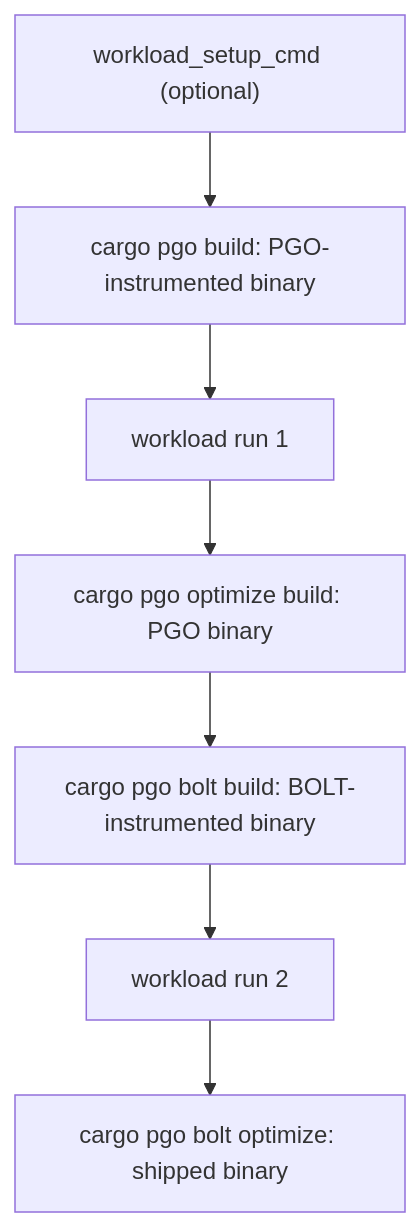
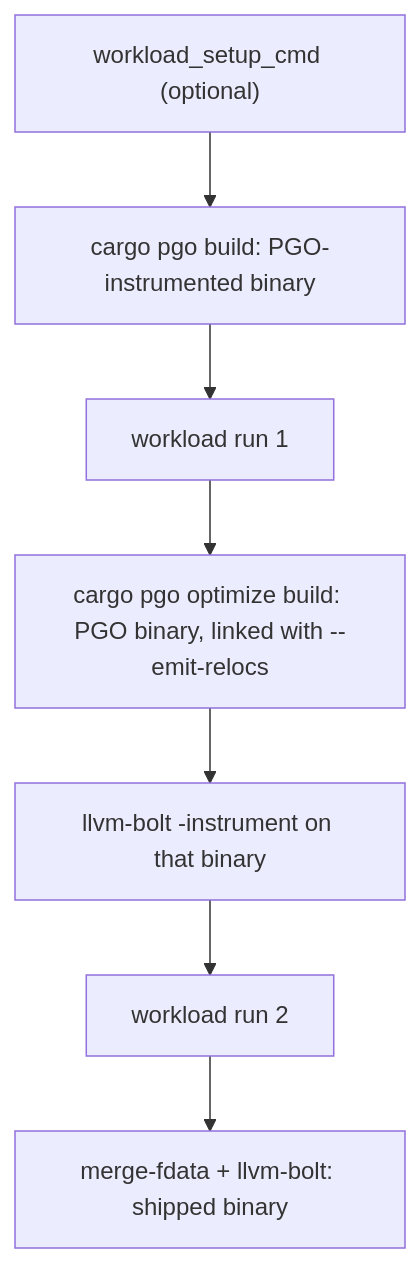
The diagram in docs/runtime/pgo-bolt.md (hyperi-io/hyperi-ci), drawn with Mermaid before and after one commit. The commit also changed other lines of this file and 3 other files, not shown here.

First line of the commit message:
fix(rust): bolt the PGO binary in place, two compiles instead of four

````diff
--- a/docs/runtime/pgo-bolt.md
+++ b/docs/runtime/pgo-bolt.md
@@ -36,9 +36,9 @@
 ```mermaid
 flowchart TD
     S["workload_setup_cmd (optional)"] --> I1["cargo pgo build: PGO-instrumented binary"]
     I1 --> W1["workload run 1"]
-    W1 --> O1["cargo pgo optimize build: PGO binary"]
-    O1 --> I2["cargo pgo bolt build: BOLT-instrumented binary"]
+    W1 --> O1["cargo pgo optimize build: PGO binary, linked with --emit-relocs"]
+    O1 --> I2["llvm-bolt -instrument on that binary"]
     I2 --> W2["workload run 2"]
-    W2 --> O2["cargo pgo bolt optimize: shipped binary"]
+    W2 --> O2["merge-fdata + llvm-bolt: shipped binary"]
 ```
````
